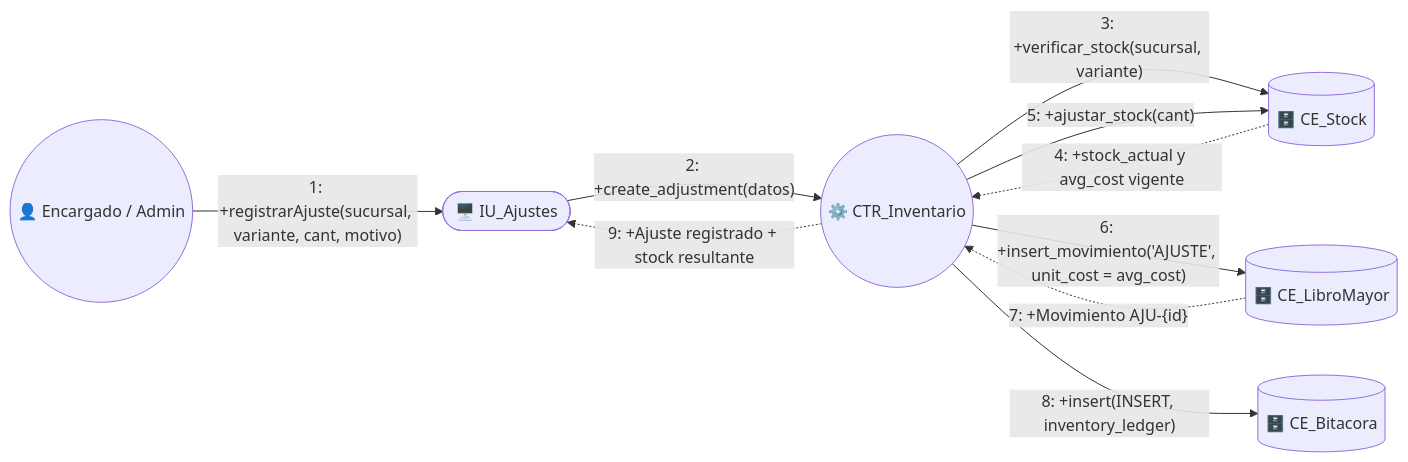
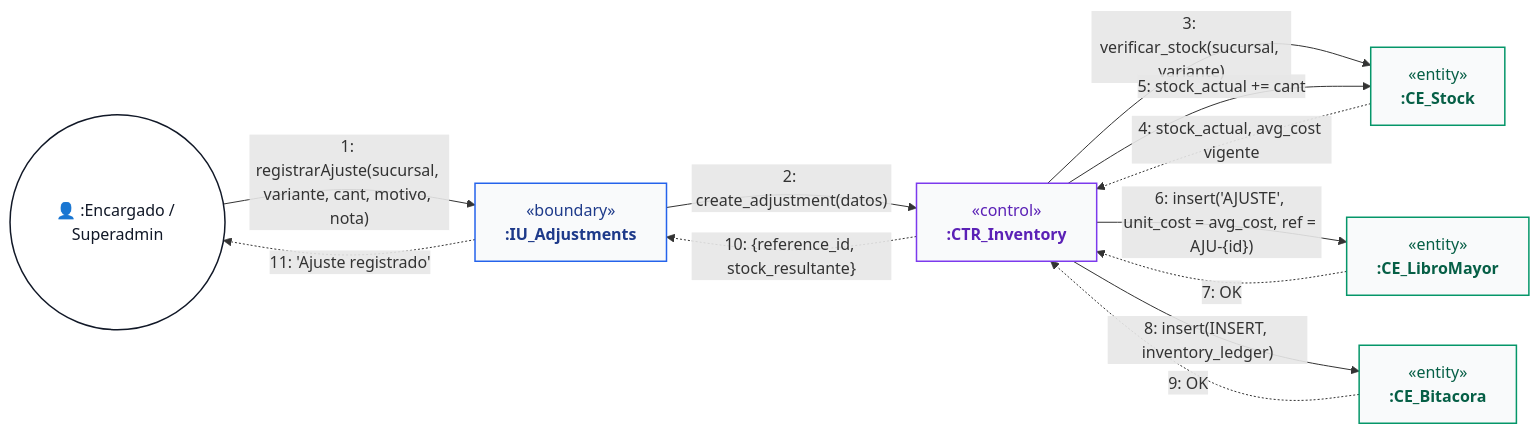
Diagram 23 of 53 in documentos/Ciclo1.md (jc-larry/ecommerce), drawn with Mermaid before and after one commit. The commit also changed other lines of this file and 148 other files, not shown here.

````diff
--- a/documentos/Ciclo1.md
+++ b/documentos/Ciclo1.md
@@ -1129,19 +1234,27 @@
 ```mermaid
 flowchart LR
-    Actor(("👤 Encargado / Admin"))
-    IU(["🖥️ IU_Ajustes"])
-    CTR(("⚙️ CTR_Inventario"))
-    ENT_S[("🗄️ CE_Stock")]
-    ENT_L[("🗄️ CE_LibroMayor")]
-    ENT_B[("🗄️ CE_Bitacora")]
+    classDef actorStyle fill:#ffffff,stroke:#111827,stroke-width:1.5px,color:#111827;
+    classDef boundaryStyle fill:#f9fafb,stroke:#2563eb,stroke-width:1.5px,color:#1e3a8a;
+    classDef controlStyle fill:#f9fafb,stroke:#7c3aed,stroke-width:1.5px,color:#5b21b6;
+    classDef entityStyle fill:#f9fafb,stroke:#059669,stroke-width:1.5px,color:#065f46;
+    classDef externalStyle fill:#f9fafb,stroke:#d97706,stroke-width:1.5px,color:#92400e;
 
-    Actor -- "1: +registrarAjuste(sucursal, variante, cant, motivo)" --> IU
-    IU -- "2: +create_adjustment(datos)" --> CTR
-    CTR -- "3: +verificar_stock(sucursal, variante)" --> ENT_S
-    ENT_S -. "4: +stock_actual y avg_cost vigente" .-> CTR
-    CTR -- "5: +ajustar_stock(cant)" --> ENT_S
-    CTR -- "6: +insert_movimiento('AJUSTE', unit_cost = avg_cost)" --> ENT_L
-    ENT_L -. "7: +Movimiento AJU-{id}" .-> CTR
-    CTR -- "8: +insert(INSERT, inventory_ledger)" --> ENT_B
-    CTR -. "9: +Ajuste registrado + stock resultante" .-> IU
+    E(("👤 :Encargado / Superadmin")):::actorStyle
+    IU["&laquo;boundary&raquo;<br/><b>:IU_Adjustments</b>"]:::boundaryStyle
+    CTR["&laquo;control&raquo;<br/><b>:CTR_Inventory</b>"]:::controlStyle
+    CE_S["&laquo;entity&raquo;<br/><b>:CE_Stock</b>"]:::entityStyle
+    CE_L["&laquo;entity&raquo;<br/><b>:CE_LibroMayor</b>"]:::entityStyle
+    BD["&laquo;entity&raquo;<br/><b>:CE_Bitacora</b>"]:::entityStyle
+
+    E -- "1: registrarAjuste(sucursal, variante, cant, motivo, nota)" --> IU
+    IU -- "2: create_adjustment(datos)" --> CTR
+    CTR -- "3: verificar_stock(sucursal, variante)" --> CE_S
+    CE_S -. "4: stock_actual, avg_cost vigente" .-> CTR
+    CTR -- "5: stock_actual += cant" --> CE_S
+    CTR -- "6: insert('AJUSTE', unit_cost = avg_cost, ref = AJU-{id})" --> CE_L
+    CE_L -. "7: OK" .-> CTR
+    CTR -- "8: insert(INSERT, inventory_ledger)" --> BD
+    BD -. "9: OK" .-> CTR
+    CTR -. "10: {reference_id, stock_resultante}" .-> IU
+    IU -. "11: 'Ajuste registrado'" .-> E
 ```
````
